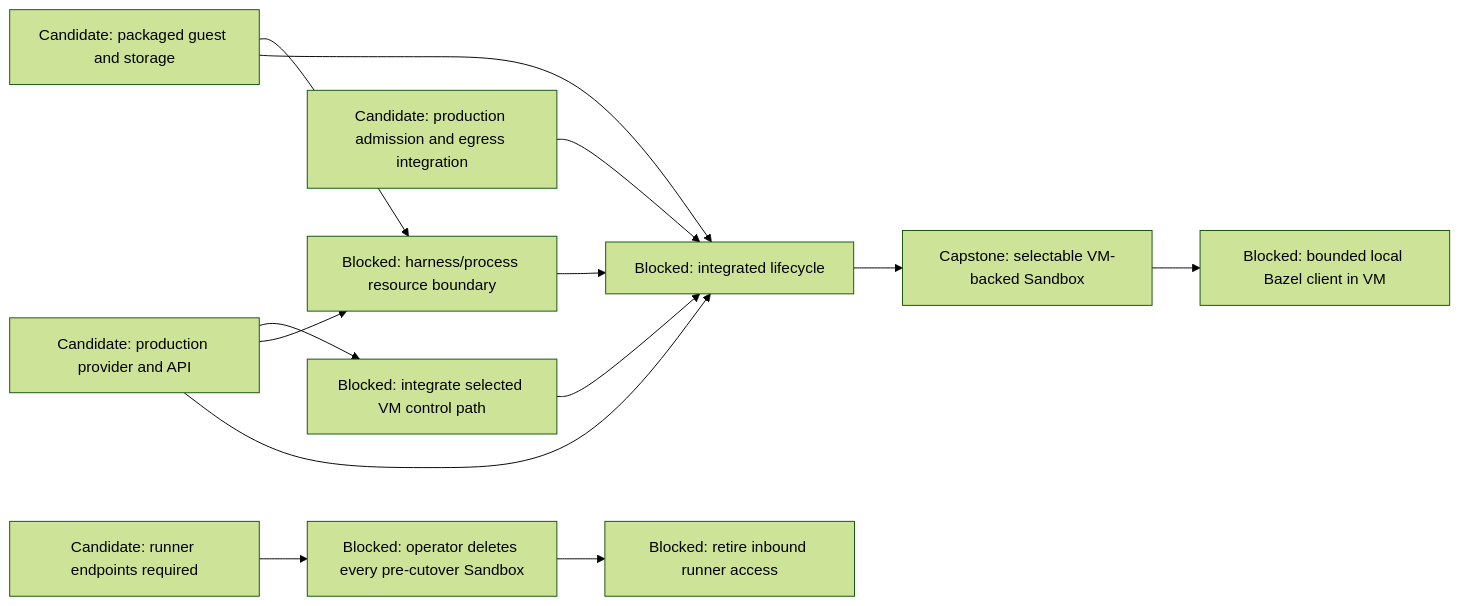
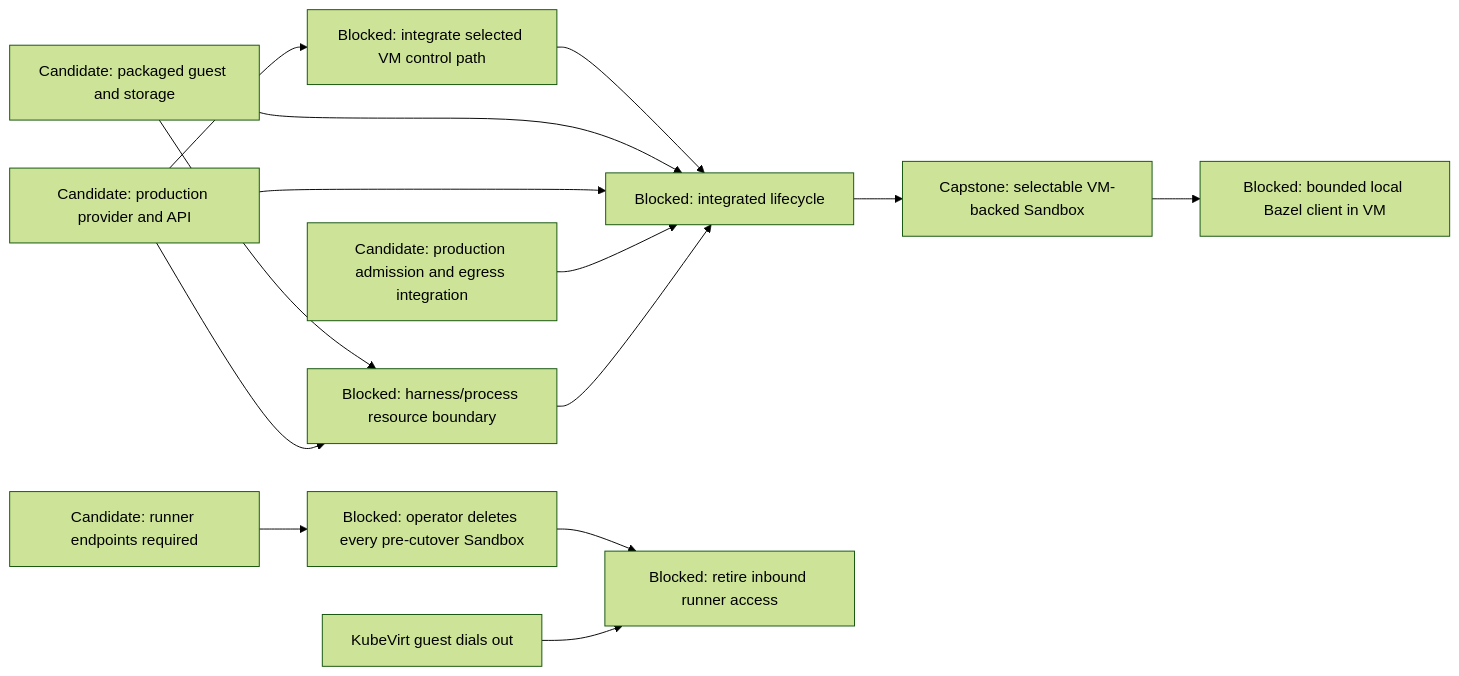
One commit to agentydragon-agent/ducktape changed the sixth of 13 diagrams in agentplane/plans/task_dag.md. Above: the diagram before and after it, drawn with Mermaid (forest theme). The commit also changed other lines of this file, not shown here.

````diff
--- a/agentplane/plans/task_dag.md
+++ b/agentplane/plans/task_dag.md
@@ -323,22 +323,23 @@
 ```mermaid
 flowchart LR
     RUNNER_OUTBOUND_ROLLOUT[Candidate: runner endpoints required]
     VM_CONTROL_NETWORKING[Blocked: integrate selected VM control path]
     VM_IMAGE[Candidate: packaged guest and storage]
     VM_PROVIDER[Candidate: production provider and API]
     VM_EGRESS[Candidate: production admission and egress integration]
     VM_PROCESS_ISOLATION[Blocked: harness/process resource boundary]
     VM_LIFECYCLE[Blocked: integrated lifecycle]
     RUNNER_OUTBOUND_ROLLOUT --> LEGACY_SANDBOX_RETIRE[Blocked: operator deletes every pre-cutover Sandbox]
     LEGACY_SANDBOX_RETIRE --> RUNNER_INBOUND_RETIRE[Blocked: retire inbound runner access]
+    KUBEVIRT_GUEST_CONTROL[KubeVirt guest dials out] --> RUNNER_INBOUND_RETIRE
     VM_PROVIDER --> VM_CONTROL_NETWORKING
     VM_CONTROL_NETWORKING --> VM_LIFECYCLE
     VM_IMAGE --> VM_PROCESS_ISOLATION
     VM_PROVIDER --> VM_PROCESS_ISOLATION
     VM_IMAGE --> VM_LIFECYCLE
     VM_PROVIDER --> VM_LIFECYCLE
     VM_EGRESS --> VM_LIFECYCLE
     VM_PROCESS_ISOLATION --> VM_LIFECYCLE
     VM_LIFECYCLE --> SANDBOX_VM_ISOLATION[Capstone: selectable VM-backed Sandbox]
     SANDBOX_VM_ISOLATION --> LOCAL_BAZEL[Blocked: bounded local Bazel client in VM]
 ```
````
